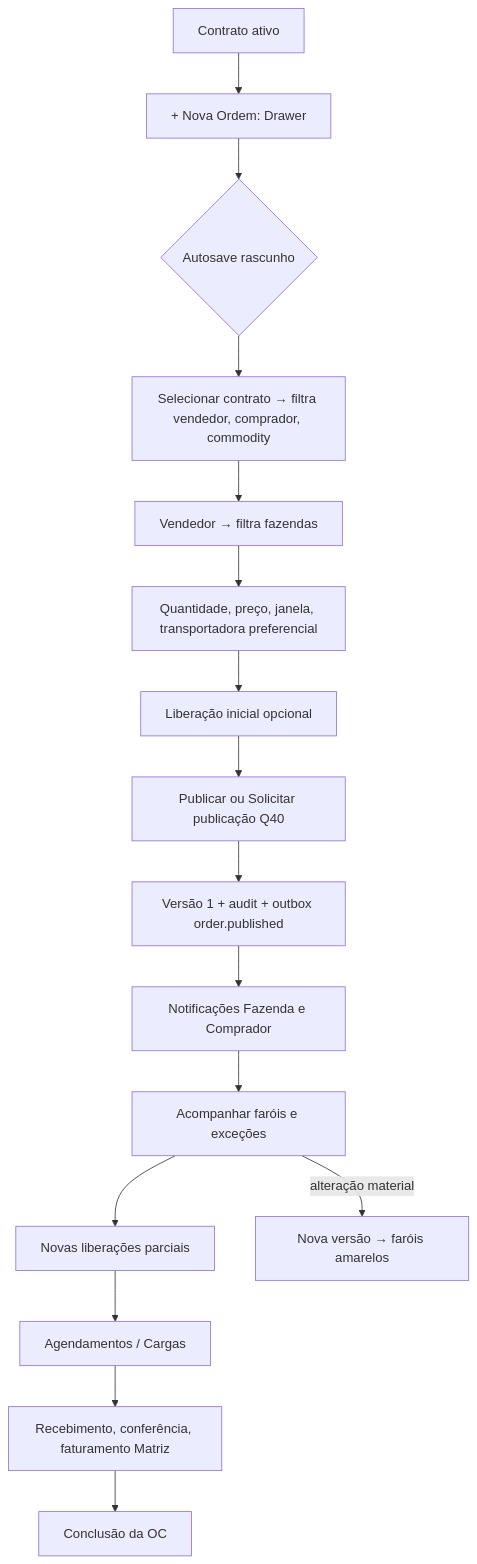
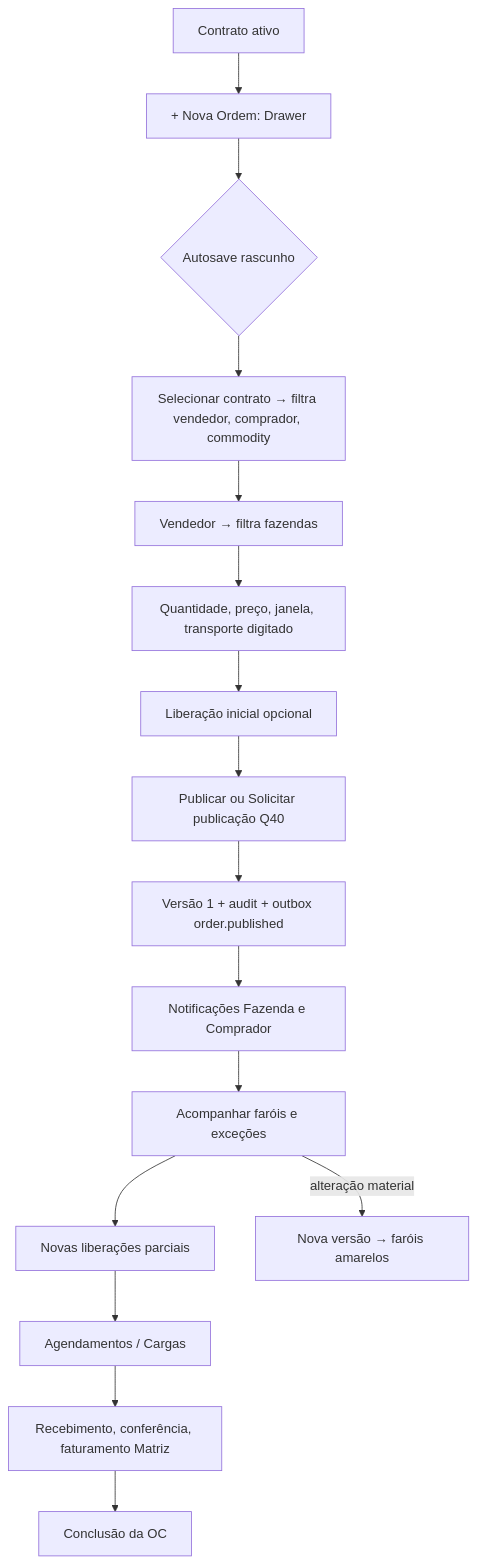
One commit to antoniocavali/Ordens_2.0 changed the fourth of 6 diagrams in docs/flows.md. Above: the diagram before and after it, drawn with Mermaid. The commit also changed other lines of this file and 20 other files, not shown here.

First line of the commit message:
feat(ordens): transporte digitado na ordem, preenchido pelo Comprador

````diff
--- a/docs/flows.md
+++ b/docs/flows.md
@@ -58,18 +58,18 @@
 ```mermaid
 flowchart TD
   A[Contrato ativo] --> B[+ Nova Ordem: Drawer]
   B --> C{Autosave rascunho}
   C --> D[Selecionar contrato → filtra vendedor, comprador, commodity]
   D --> E[Vendedor → filtra fazendas]
-  E --> F[Quantidade, preço, janela, transportadora preferencial]
+  E --> F[Quantidade, preço, janela, transporte digitado]
   F --> G[Liberação inicial opcional]
   G --> H[Publicar ou Solicitar publicação Q40]
   H --> I[Versão 1 + audit + outbox order.published]
   I --> J[Notificações Fazenda e Comprador]
   J --> K[Acompanhar faróis e exceções]
   K --> L[Novas liberações parciais]
   L --> M[Agendamentos / Cargas]
   M --> N[Recebimento, conferência, faturamento Matriz]
   N --> O[Conclusão da OC]
   K -->|alteração material| P[Nova versão → faróis amarelos]
 ```
````
